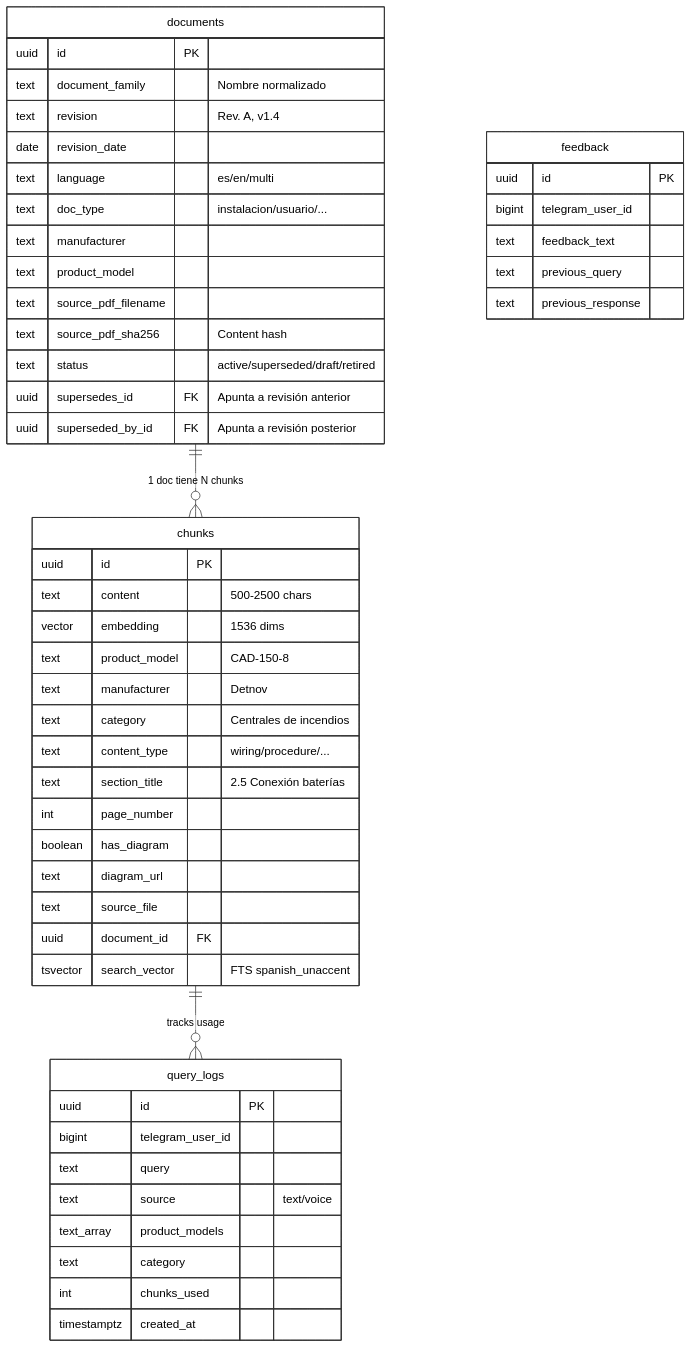
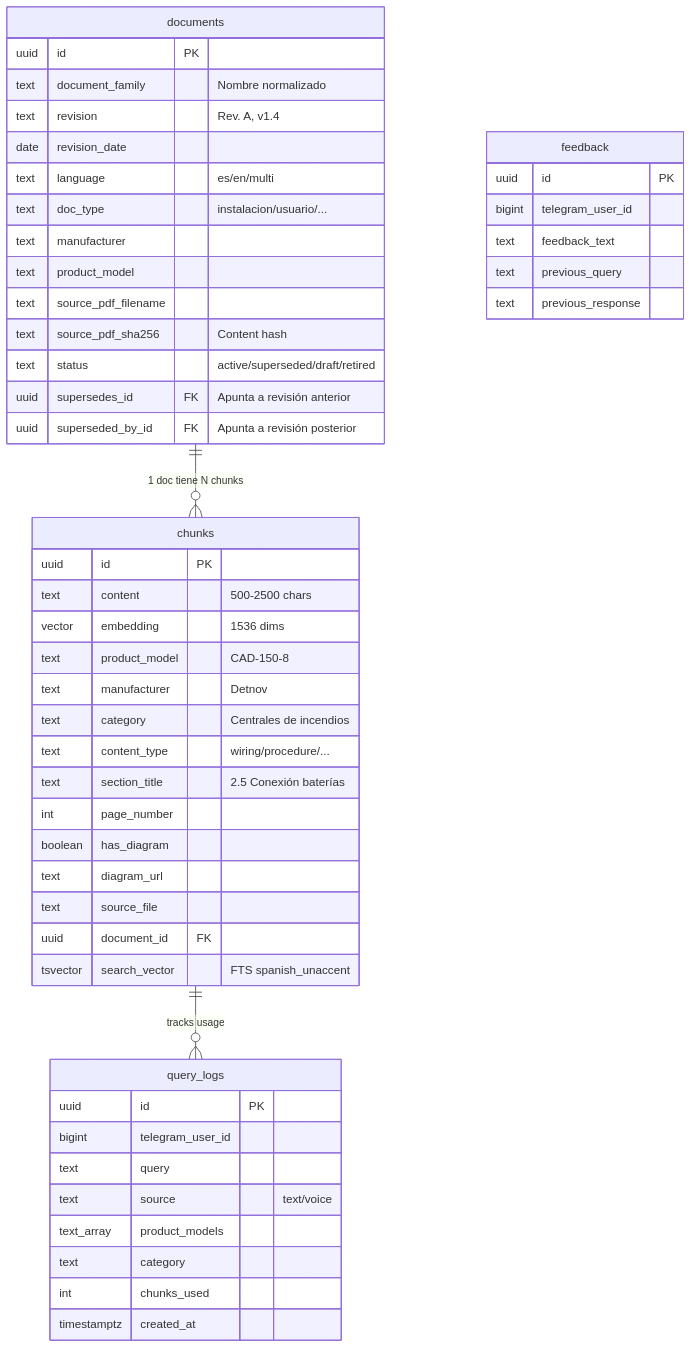
The eighth of 8 diagrams in docs/ARCHITECTURE.md (albertofontiber/technical_bot), drawn with Mermaid before and after one commit. The commit also changed other lines of this file and 1 other file, not shown here.

````diff
--- a/docs/ARCHITECTURE.md
+++ b/docs/ARCHITECTURE.md
@@ -374,54 +504,53 @@
 ```mermaid
-%%{init: {'theme':'base', 'themeVariables': {'primaryColor':'#ffffff','primaryTextColor':'#000000','primaryBorderColor':'#333333','lineColor':'#333333'}}}%%
 erDiagram
     documents ||--o{ chunks : "1 doc tiene N chunks"
     documents {
         uuid id PK
         text document_family "Nombre normalizado"
         text revision "Rev. A, v1.4"
         date revision_date
         text language "es/en/multi"
         text doc_type "instalacion/usuario/..."
         text manufacturer
         text product_model
         text source_pdf_filename
         text source_pdf_sha256 "Content hash"
         text status "active/superseded/draft/retired"
         uuid supersedes_id FK "Apunta a revisión anterior"
         uuid superseded_by_id FK "Apunta a revisión posterior"
     }
     chunks {
         uuid id PK
         text content "500-2500 chars"
         vector embedding "1536 dims"
         text product_model "CAD-150-8"
         text manufacturer "Detnov"
         text category "Centrales de incendios"
         text content_type "wiring/procedure/..."
         text section_title "2.5 Conexión baterías"
         int page_number
         boolean has_diagram
         text diagram_url
         text source_file
         uuid document_id FK
         tsvector search_vector "FTS spanish_unaccent"
     }
     chunks ||--o{ query_logs : "tracks usage"
     query_logs {
         uuid id PK
         bigint telegram_user_id
         text query
         text source "text/voice"
         text_array product_models
         text category
         int chunks_used
         timestamptz created_at
     }
     feedback {
         uuid id PK
         bigint telegram_user_id
         text feedback_text
         text previous_query
         text previous_response
     }
 ```
````
